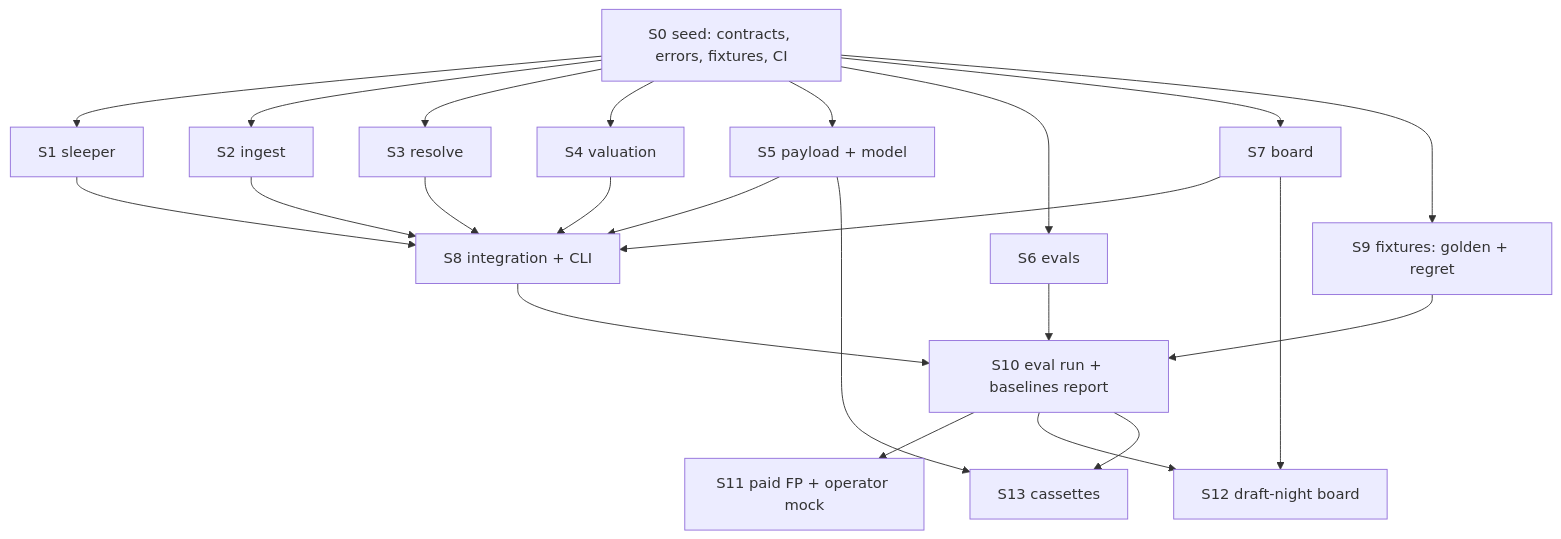
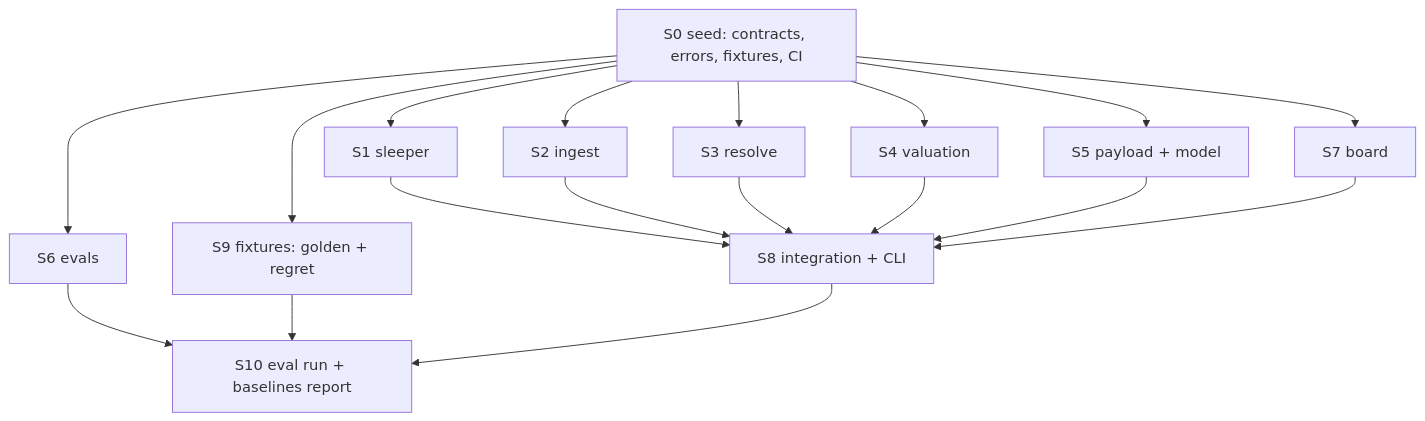
The diagram in docs/PLAN.md (alemtani/vorpal), drawn with Mermaid before and after one commit. The commit also changed other lines of this file and 13 other files, not shown here.

````diff
--- a/docs/PLAN.md
+++ b/docs/PLAN.md
@@ -98,26 +101,21 @@
 ```mermaid
 flowchart TD
   S0[S0 seed: contracts, errors, fixtures, CI]
   S0 --> S1[S1 sleeper]
   S0 --> S2[S2 ingest]
   S0 --> S3[S3 resolve]
   S0 --> S4[S4 valuation]
   S0 --> S5[S5 payload + model]
   S0 --> S6[S6 evals]
   S0 --> S7[S7 board]
   S0 --> S9[S9 fixtures: golden + regret]
   S1 --> S8[S8 integration + CLI]
   S2 --> S8
   S3 --> S8
   S4 --> S8
   S5 --> S8
   S7 --> S8
   S6 --> S10[S10 eval run + baselines report]
   S9 --> S10
   S8 --> S10
-  S10 --> S11[S11 paid FP + operator mock]
-  S7 --> S12[S12 draft-night board]
-  S10 --> S12
-  S5 --> S13[S13 cassettes]
-  S10 --> S13
 ```
````
